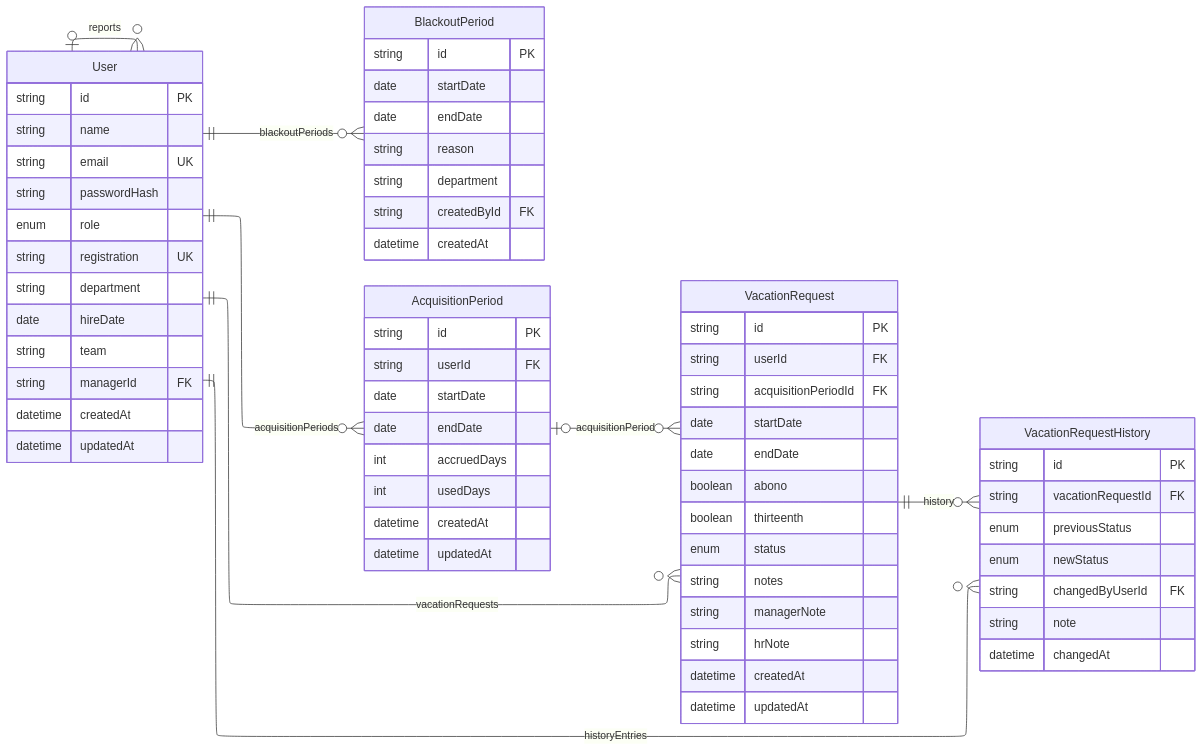
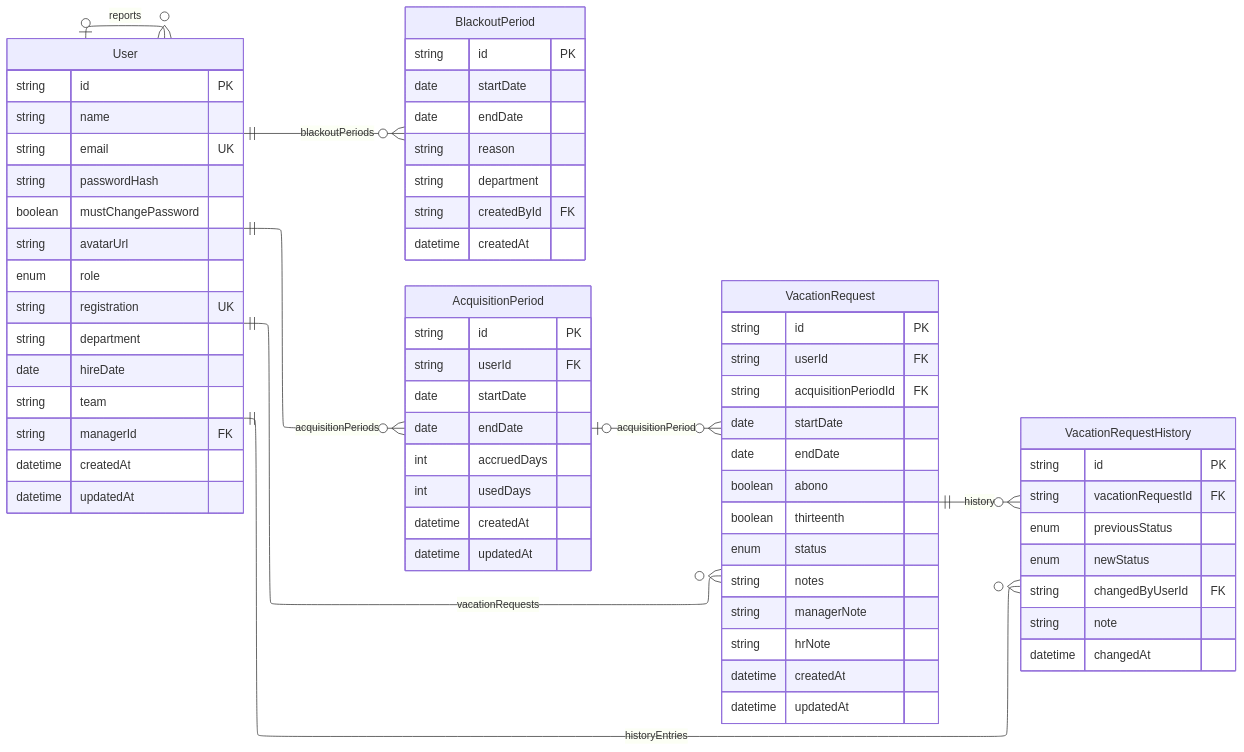
Before and after one commit to PHBMdeveloper/ds-ferias: the diagram in docs/project_data_model.mermaid, drawn with Mermaid. The commit also changed 10 other files, not shown here.

```diff
--- a/docs/project_data_model.mermaid
+++ b/docs/project_data_model.mermaid
@@ -1,76 +1,78 @@
 ---
 config:
   theme: default
   layout: elk
 ---
 erDiagram
     direction LR
     User {
         string id PK ""
         string name ""
         string email UK ""
         string passwordHash ""
+        boolean mustChangePassword ""
+        string avatarUrl ""
         enum role ""
         string registration UK ""
         string department ""
         date hireDate ""
         string team ""
         string managerId FK ""
         datetime createdAt ""
         datetime updatedAt ""
     }
 
     VacationRequest {
         string id PK ""
         string userId FK ""
         string acquisitionPeriodId FK ""
         date startDate ""
         date endDate ""
         boolean abono ""
         boolean thirteenth ""
         enum status ""
         string notes ""
         string managerNote ""
         string hrNote ""
         datetime createdAt ""
         datetime updatedAt ""
     }
 
     VacationRequestHistory {
         string id PK ""
         string vacationRequestId FK ""
         enum previousStatus ""
         enum newStatus ""
         string changedByUserId FK ""
         string note ""
         datetime changedAt ""
     }
 
     BlackoutPeriod {
         string id PK ""
         date startDate ""
         date endDate ""
         string reason ""
         string department ""
         string createdById FK ""
         datetime createdAt ""
     }
 
     AcquisitionPeriod {
         string id PK ""
         string userId FK ""
         date startDate ""
         date endDate ""
         int accruedDays ""
         int usedDays ""
         datetime createdAt ""
         datetime updatedAt ""
     }
 
     User o|--o{ User : reports
     User ||--o{ VacationRequest : vacationRequests
     User ||--o{ VacationRequestHistory : historyEntries
     User ||--o{ BlackoutPeriod : blackoutPeriods
     User ||--o{ AcquisitionPeriod : acquisitionPeriods
     AcquisitionPeriod o|--o{ VacationRequest : acquisitionPeriod
     VacationRequest ||--o{ VacationRequestHistory : history
```
